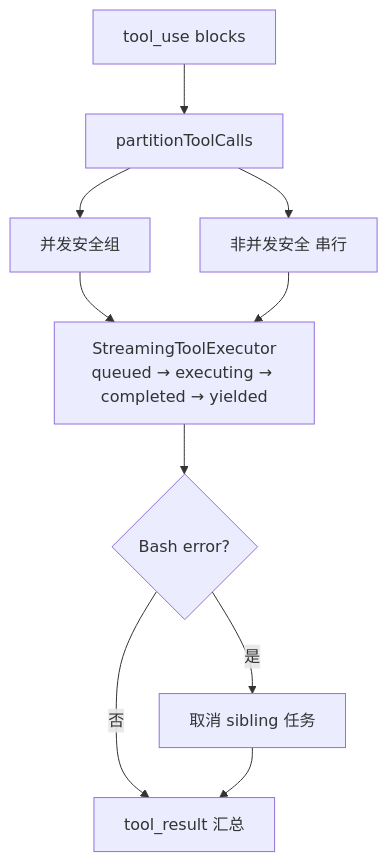
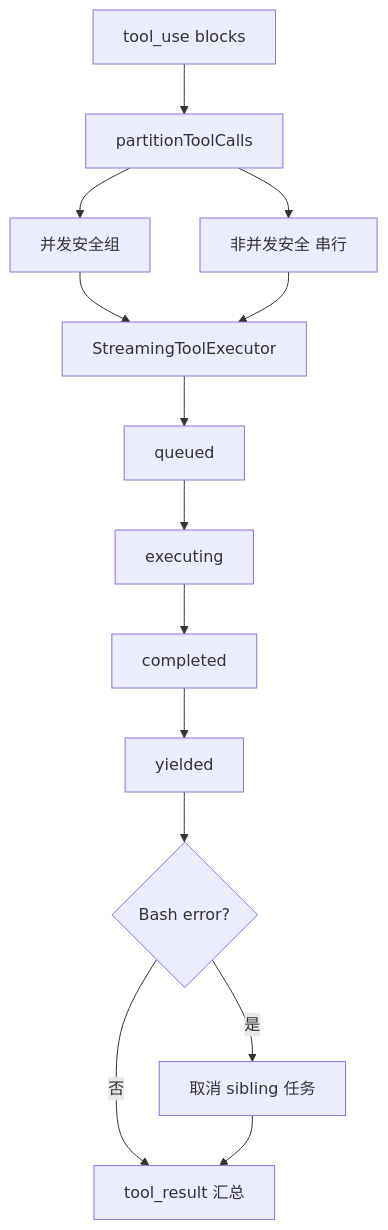
The diagram in claude-code-architecture/16-tool-orchestration-and-concurrency.md (betaHi/betaHi.github.io), drawn with Mermaid before and after one commit. The commit also changed 12 other files, not shown here.

First line of the commit message:
Prevent mermaid clipping by shortening dense node labels

````diff
--- a/claude-code-architecture/16-tool-orchestration-and-concurrency.md
+++ b/claude-code-architecture/16-tool-orchestration-and-concurrency.md
@@ -27,12 +27,16 @@
 ```mermaid
 flowchart TD
   A[tool_use blocks] --> B[partitionToolCalls]
   B --> C[并发安全组]
   B --> D[非并发安全 串行]
-  C --> E[StreamingToolExecutor<br/>queued → executing → completed → yielded]
+  C --> E[StreamingToolExecutor]
   D --> E
-  E --> F{Bash error?}
+  E --> E1[queued]
+  E1 --> E2[executing]
+  E2 --> E3[completed]
+  E3 --> E4[yielded]
+  E4 --> F{Bash error?}
   F -- 是 --> G[取消 sibling 任务]
   F -- 否 --> H[tool_result 汇总]
   G --> H
 ```
````
